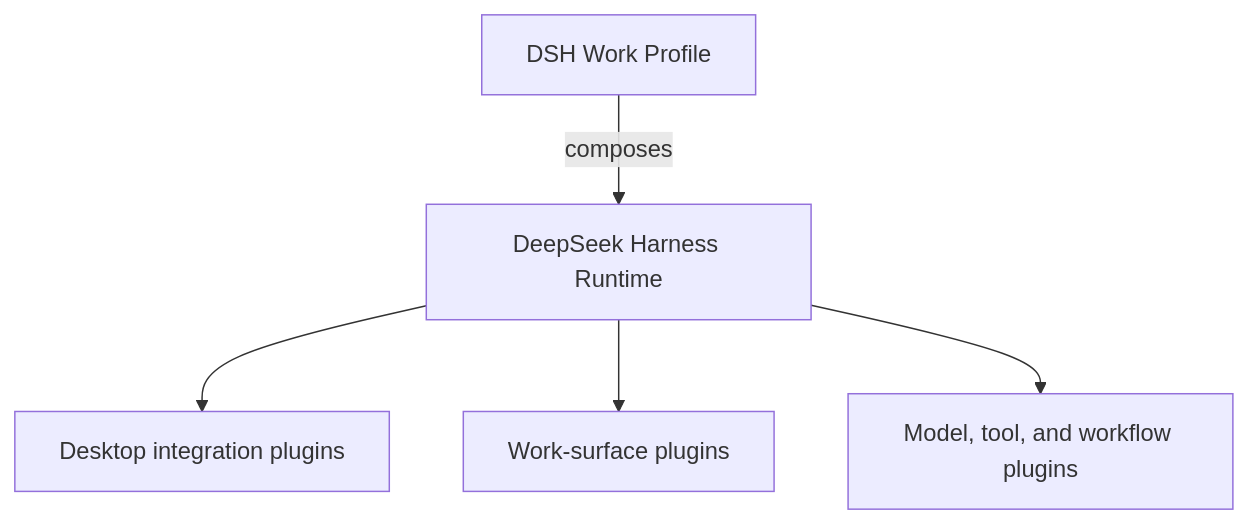
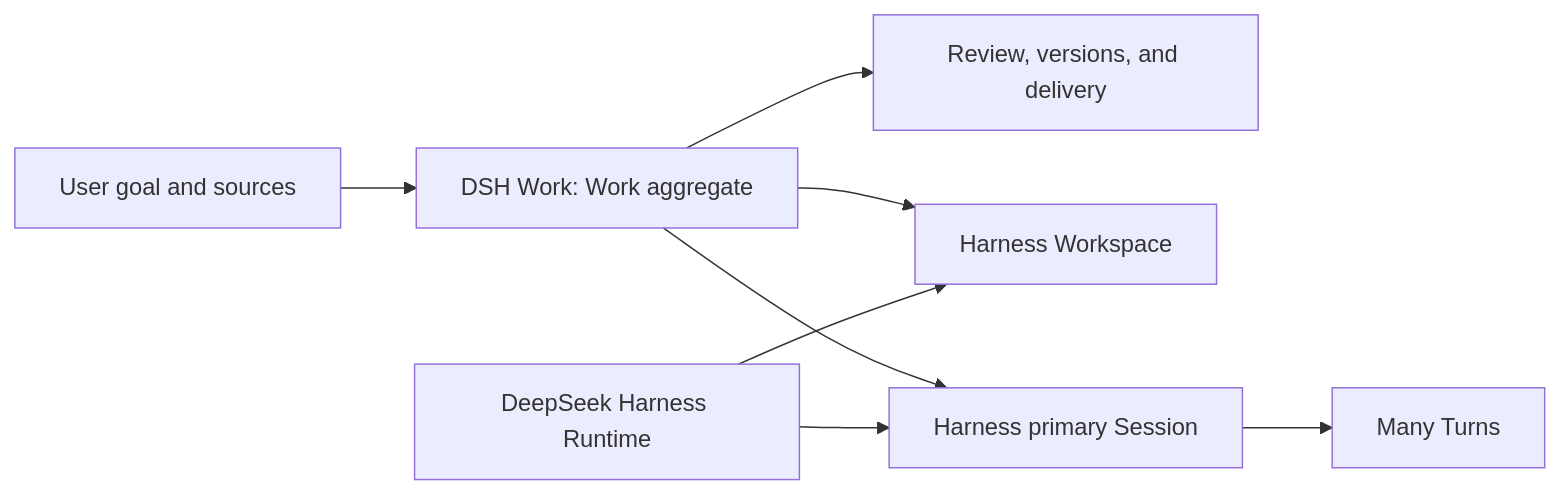
One commit to zxheyi/dsh-work changed the diagram in README.en.md. Above: the diagram before and after it, drawn with Mermaid. The commit also changed other lines of this file and 4 other files, not shown here.

````diff
--- a/README.en.md
+++ b/README.en.md
@@ -41,7 +89,10 @@
 ```mermaid
-flowchart TB
-  Profile["DSH Work Profile"] -->|composes| Runtime["DeepSeek Harness Runtime"]
-  Runtime --> Desktop["Desktop integration plugins"]
-  Runtime --> Surfaces["Work-surface plugins"]
-  Runtime --> Ecosystem["Model, tool, and workflow plugins"]
+flowchart LR
+  User["User goal and sources"] --> Work["DSH Work: Work aggregate"]
+  Work --> Deliverables["Review, versions, and delivery"]
+  Work --> Workspace["Harness Workspace"]
+  Work --> Session["Harness primary Session"]
+  Session --> Turns["Many Turns"]
+  Harness["DeepSeek Harness Runtime"] --> Workspace
+  Harness --> Session
 ```
````
